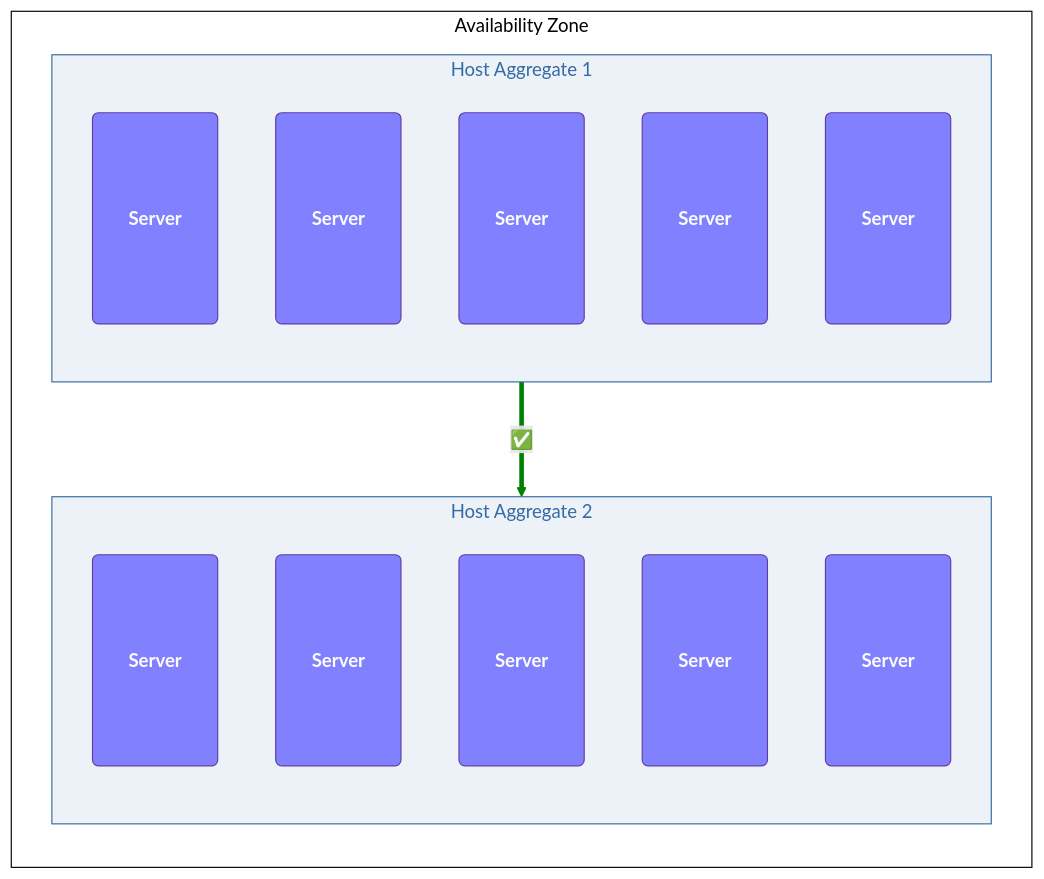
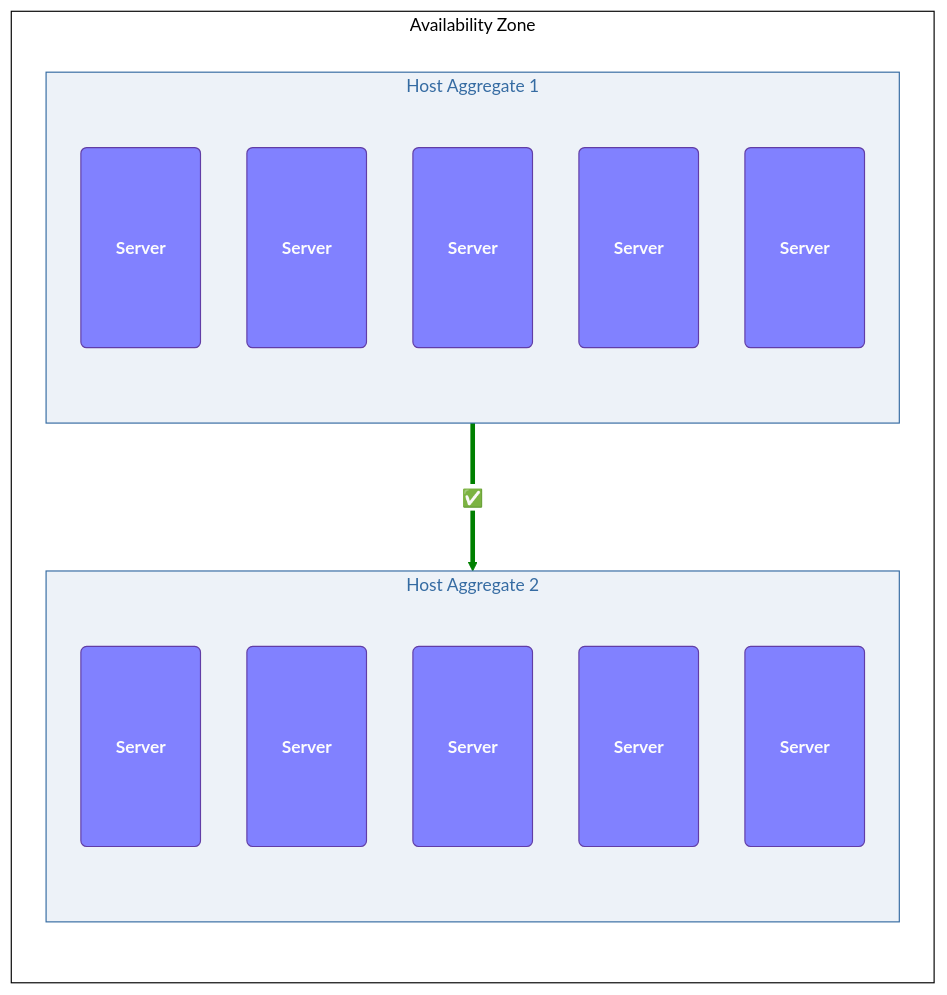
The second of 3 diagrams in docs/content/design-guide/cloud-design/host-aggregates.md (OpenStackKen/genestack), drawn with Mermaid before and after one commit. The commit also changed other lines of this file and 4 other files, not shown here.

Commit message:
Mermaid normalization changes

````diff
--- a/docs/content/design-guide/cloud-design/host-aggregates.md
+++ b/docs/content/design-guide/cloud-design/host-aggregates.md
@@ -89,47 +95,49 @@
 ```mermaid
-%%{ init: { "theme": "neutral",
-            'themeVariables': {
-            "fontSize": "15px",
-             },
-            "flowchart": { "curve": "basis",
-            "nodeSpacing": 40,
-            "rankSpacing": 80
-             } } }%%
+---
+config:
+  theme: neutral
+  themeVariables:
+    fontSize: 15px
+  flowchart:
+    curve: basis
+    nodeSpacing: 40
+    rankSpacing: 80
+---
 flowchart TB
 
     subgraph AZ [ Availability Zone ]
         direction TB
         subgraph HA2 [ Host Aggregate 2 ]
             direction TB
             HOST21(<div style="padding: 4em 1em; font-weight:bold;">Server</div>)
             HOST22(<div style="padding: 4em 1em; font-weight:bold;">Server</div>)
             HOST23(<div style="padding: 4em 1em; font-weight:bold;">Server</div>)
             HOST24(<div style="padding: 4em 1em; font-weight:bold;">Server</div>)
             HOST25(<div style="padding: 4em 1em; font-weight:bold;">Server</div>)
         end
         subgraph HA1 [ Host Aggregate 1 ]
             direction TB
             HOST11(<div style="padding: 4em 1em; font-weight:bold;">Server</div>)
             HOST12(<div style="padding: 4em 1em; font-weight:bold;">Server</div>)
             HOST13(<div style="padding: 4em 1em; font-weight:bold;">Server</div>)
             HOST14(<div style="padding: 4em 1em; font-weight:bold;">Server</div>)
             HOST15(<div style="padding: 4em 1em; font-weight:bold;">Server</div>)
         end
     end
 
 HOST11 -- #9989; --> HOST25
 
 class HOST11,HOST12,HOST13,HOST14,HOST15 host
 class HOST21,HOST22,HOST23,HOST24,HOST25 host
 class HOST31,HOST32,HOST33,HOST34,HOST35 host
 class HOST41,HOST42,HOST43,HOST44,HOST45 host
 class HA1,HA2,HA3,HA4 hostagg
 class AZ az
 
 %% Display Classes
     classDef host           fill:#8181ff,stroke:#613da6,color:#fcfcfc;
     classDef hostagg        fill:#edf2f8,stroke:#356ba2,color:#356ba2;
     classDef az             fill:none,stroke:#000,color:#000;
 
     linkStyle 0 stroke-width:4px,fill:green,stroke:green,background-color:none;
 ```
````
